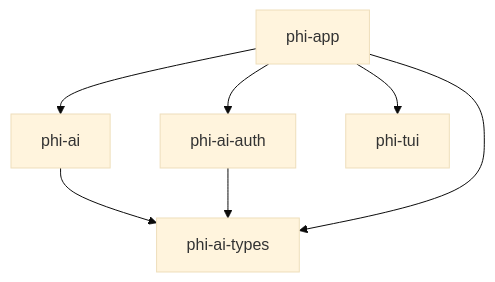
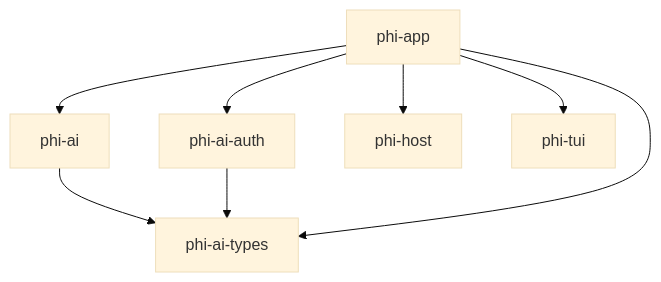
Before and after one commit to y0usaf/phi: the diagram in ARCHITECTURE.md, drawn with Mermaid (base theme). The commit also changed other lines of this file and 17 other files, not shown here.

First line of the commit message:
feat(phi-app): builtin tools pack slice 1 — read/write/ls as embedded Lua (WS3.3a)

````diff
--- a/ARCHITECTURE.md
+++ b/ARCHITECTURE.md
@@ -14,9 +14,10 @@
 ```mermaid
 graph TD
   phi_ai["phi-ai"] --> phi_ai_types["phi-ai-types"]
   phi_ai_auth["phi-ai-auth"] --> phi_ai_types["phi-ai-types"]
   phi_app["phi-app"] --> phi_ai["phi-ai"]
   phi_app["phi-app"] --> phi_ai_auth["phi-ai-auth"]
   phi_app["phi-app"] --> phi_ai_types["phi-ai-types"]
+  phi_app["phi-app"] --> phi_host["phi-host"]
   phi_app["phi-app"] --> phi_tui["phi-tui"]
 ```
````
